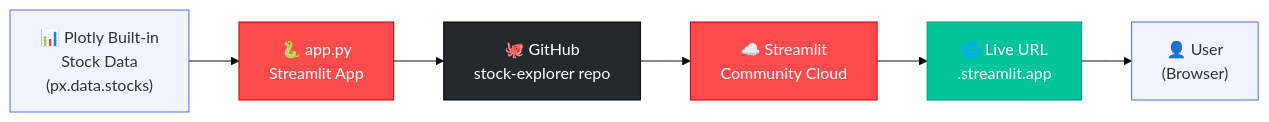
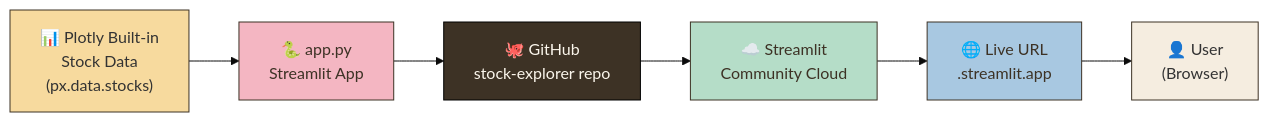
The first of 2 diagrams in README.md (krumpledecva/Stocks-project), drawn with Mermaid (base theme) before and after one commit. The commit also changed other lines of this file and 1 other file, not shown here.

````diff
--- a/README.md
+++ b/README.md
@@ -26,15 +28,15 @@
 ```mermaid
 graph LR
     A["📊 Plotly Built-in\nStock Data\n(px.data.stocks)"] --> B["🐍 app.py\nStreamlit App"]
     B --> C["🐙 GitHub\nstock-explorer repo"]
     C --> D["☁️ Streamlit\nCommunity Cloud"]
     D --> E["🌐 Live URL\n.streamlit.app"]
     E --> F["👤 User\n(Browser)"]
 
-    style A fill:#f0f4ff,stroke:#4a6cf7
-    style B fill:#ff4b4b,stroke:#cc0000,color:#fff
-    style C fill:#24292e,stroke:#000,color:#fff
-    style D fill:#ff4b4b,stroke:#cc0000,color:#fff
-    style E fill:#00c49a,stroke:#009977,color:#fff
-    style F fill:#f0f4ff,stroke:#4a6cf7
+    style A fill:#F7DA9E,stroke:#3D3225
+    style B fill:#F4B6C2,stroke:#3D3225,color:#3D3225
+    style C fill:#3D3225,stroke:#000,color:#FBF6EC
+    style D fill:#B5DDC8,stroke:#3D3225,color:#3D3225
+    style E fill:#A8C8E1,stroke:#3D3225,color:#3D3225
+    style F fill:#F5EDE0,stroke:#3D3225
 ```
````
